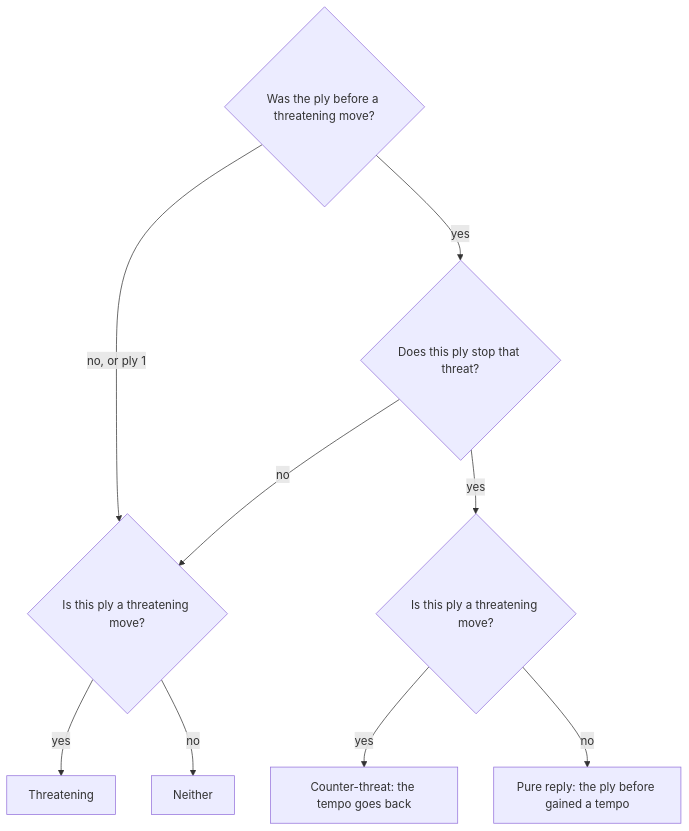
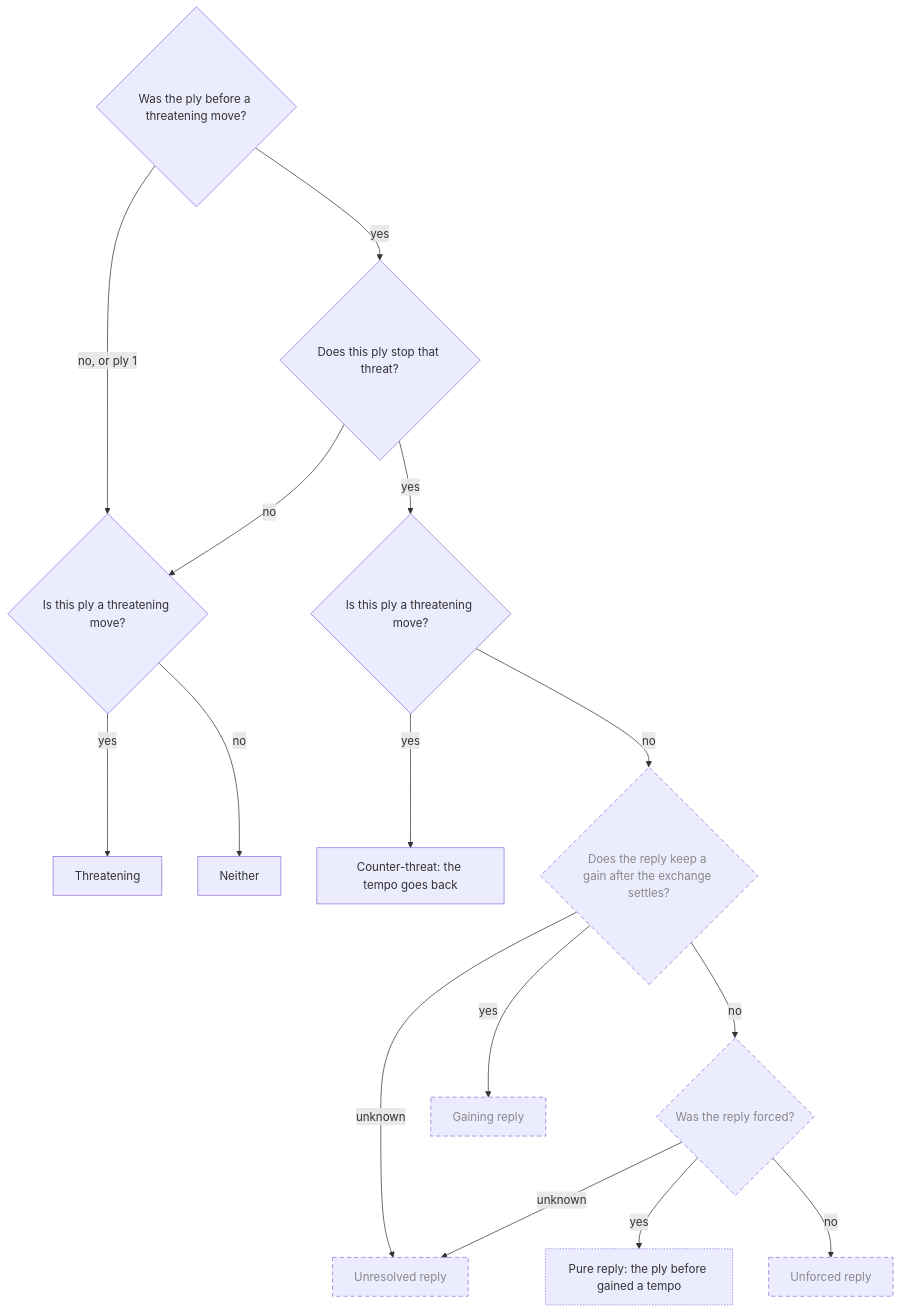
Before and after one commit to aurja/ChessWhy: diagram 24 of 25 in Planning/DBC/CONCEPTS.md, drawn with Mermaid. The commit also changed other lines of this file and 3 other files, not shown here.

Commit message:
PostM4_EM5 part 1: freeze reply-evidence contract; DBC planned nodes

````diff
--- a/Planning/DBC/CONCEPTS.md
+++ b/Planning/DBC/CONCEPTS.md
@@ -1094,22 +1132,35 @@
 ```mermaid
 flowchart TD
     PlFirst{"Was the ply before a threatening move?"}
     PlStops{"Does this ply stop that threat?"}
     PlOwn{"Is this ply a threatening move?"}
     PlCounter{"Is this ply a threatening move?"}
     PlThreatening["Threatening"]
     PlNeither["Neither"]
     PlCounterThreat["Counter-threat: the tempo goes back"]
     PlPure["Pure reply: the ply before gained a tempo"]
+    PlGains{"Does the reply keep a gain after the exchange settles?"}
+    PlForced{"Was the reply forced?"}
+    PlGaining["Gaining reply"]
+    PlUnforced["Unforced reply"]
+    PlUnresolved["Unresolved reply"]
     PlFirst -->|no, or ply 1| PlOwn
     PlFirst -->|yes| PlStops
     PlStops -->|no| PlOwn
     PlStops -->|yes| PlCounter
     PlOwn -->|yes| PlThreatening
     PlOwn -->|no| PlNeither
     PlCounter -->|yes| PlCounterThreat
-    PlCounter -->|no| PlPure
+    PlCounter -->|no| PlGains
+    PlGains -->|yes| PlGaining
+    PlGains -->|unknown| PlUnresolved
+    PlGains -->|no| PlForced
+    PlForced -->|yes| PlPure
+    PlForced -->|no| PlUnforced
+    PlForced -->|unknown| PlUnresolved
     classDef planned stroke-dasharray:6 4,color:#888
     classDef partial stroke-dasharray:2 2
     classDef external stroke-dasharray:1 3,color:#999
+    class PlPure partial
+    class PlGains,PlForced,PlGaining,PlUnforced,PlUnresolved planned
 ```
````
